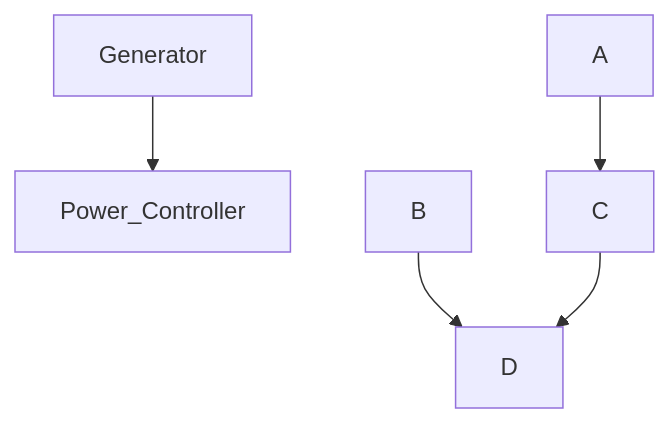
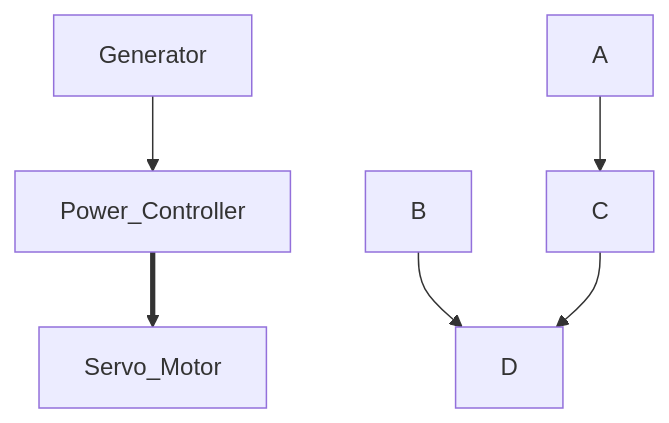
One commit to gleatd01/Linear-Hybrid-Conversion changed the diagram in README.md. Above: the diagram before and after it, drawn with Mermaid.

````diff
--- a/README.md
+++ b/README.md
@@ -20,7 +20,7 @@
 ```mermaid
 graph TD;
-    Generator-->Power_Controller;
+    Generator-->Power_Controller==>Servo_Motor;
     A-->C;
     B-->D;
     C-->D;
 ```
````
